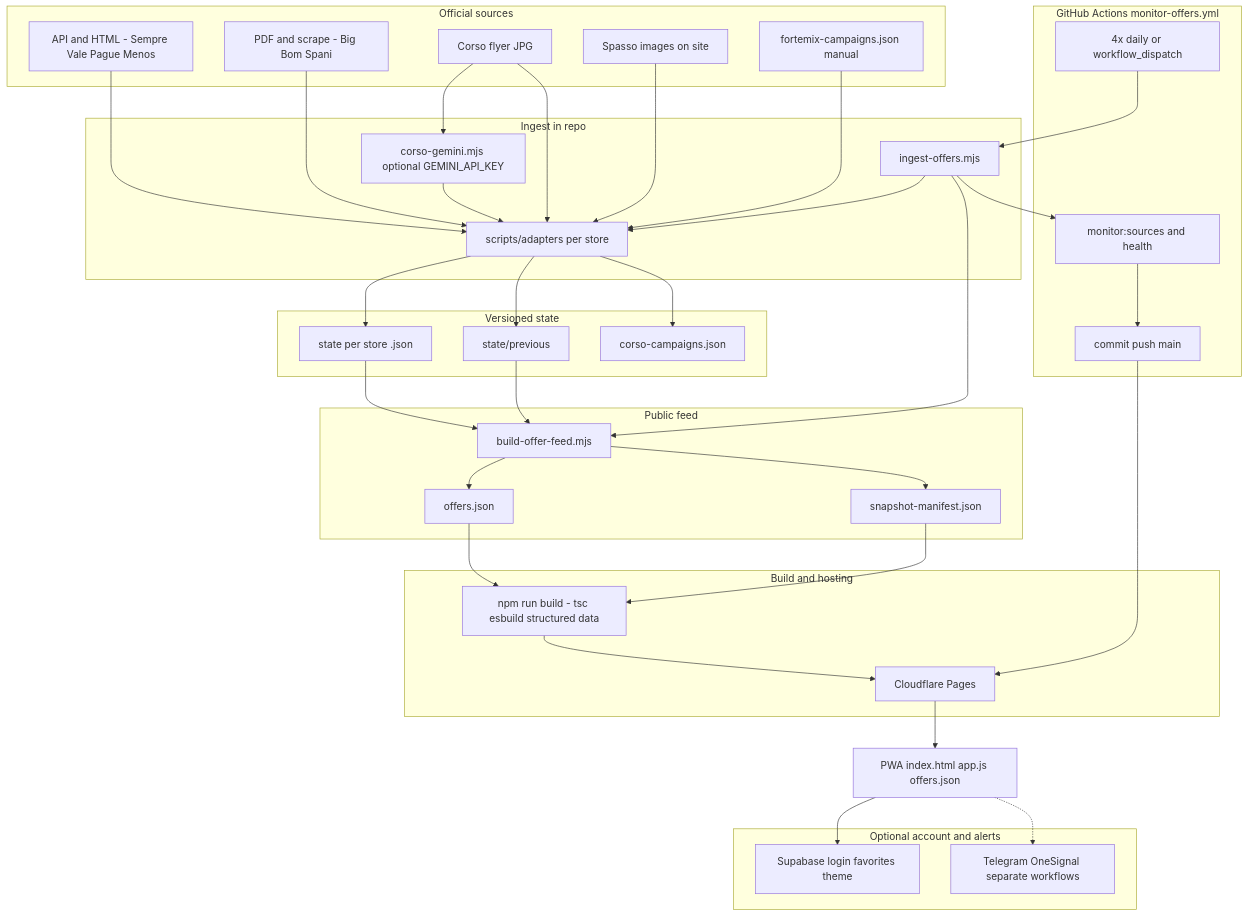
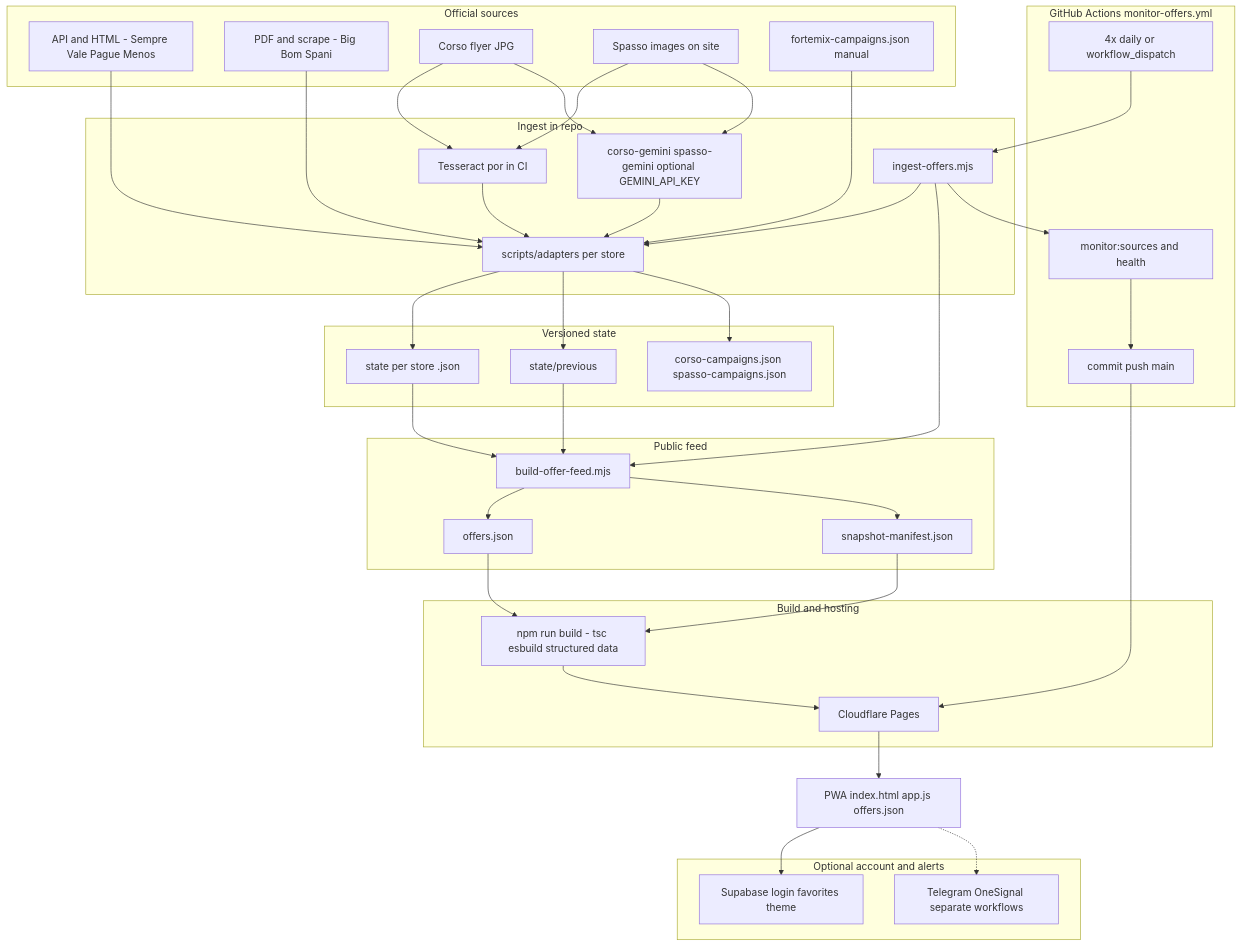
One commit to wendreof/feira-boa changed the diagram in README.md. Above: the diagram before and after it, drawn with Mermaid. The commit also changed other lines of this file and 5 other files, not shown here.

First line of the commit message:
feat(spasso): OCR-first ingest with Gemini fallback (#154)

````diff
--- a/README.md
+++ b/README.md
@@ -40,75 +40,78 @@
 ```mermaid
 flowchart TB
   subgraph sources [Official sources]
     apis[API and HTML - Sempre Vale Pague Menos]
     pdf[PDF and scrape - Big Bom Spani]
     corso[Corso flyer JPG]
     spasso[Spasso images on site]
     manual[fortemix-campaigns.json manual]
   end
 
   subgraph ingest [Ingest in repo]
     io[ingest-offers.mjs]
     adp[scripts/adapters per store]
-    gem[corso-gemini.mjs optional GEMINI_API_KEY]
+    ocr[Tesseract por in CI]
+    gem[corso-gemini spasso-gemini optional GEMINI_API_KEY]
   end
 
   subgraph persist [Versioned state]
     st[state per store .json]
     prev[state/previous]
-    cache[corso-campaigns.json]
+    cache[corso-campaigns.json spasso-campaigns.json]
   end
 
   subgraph feed [Public feed]
     bof[build-offer-feed.mjs]
     off[offers.json]
     man[snapshot-manifest.json]
   end
 
   subgraph site [Build and hosting]
     nb[npm run build - tsc esbuild structured data]
     cf[Cloudflare Pages]
   end
 
   apis --> adp
   pdf --> adp
+  corso --> ocr
   corso --> gem
+  spasso --> ocr
+  spasso --> gem
+  ocr --> adp
   gem --> adp
-  corso --> adp
-  spasso --> adp
   manual --> adp
   io --> adp
   adp --> st
   adp --> prev
   adp --> cache
   io --> bof
   st --> bof
   prev --> bof
   bof --> off
   bof --> man
   off --> nb
   man --> nb
   nb --> cf
 
   subgraph ci [GitHub Actions monitor-offers.yml]
     sched[4x daily or workflow_dispatch]
     mon[monitor:sources and health]
     git[commit push main]
   end
 
   sched --> io
   io --> mon
   mon --> git
   git --> cf
 
   pwa[PWA index.html app.js offers.json]
   cf --> pwa
 
   subgraph account [Optional account and alerts]
     sb[Supabase login favorites theme]
     push[Telegram OneSignal separate workflows]
   end
 
   pwa --> sb
   pwa -.-> push
 ```
````
